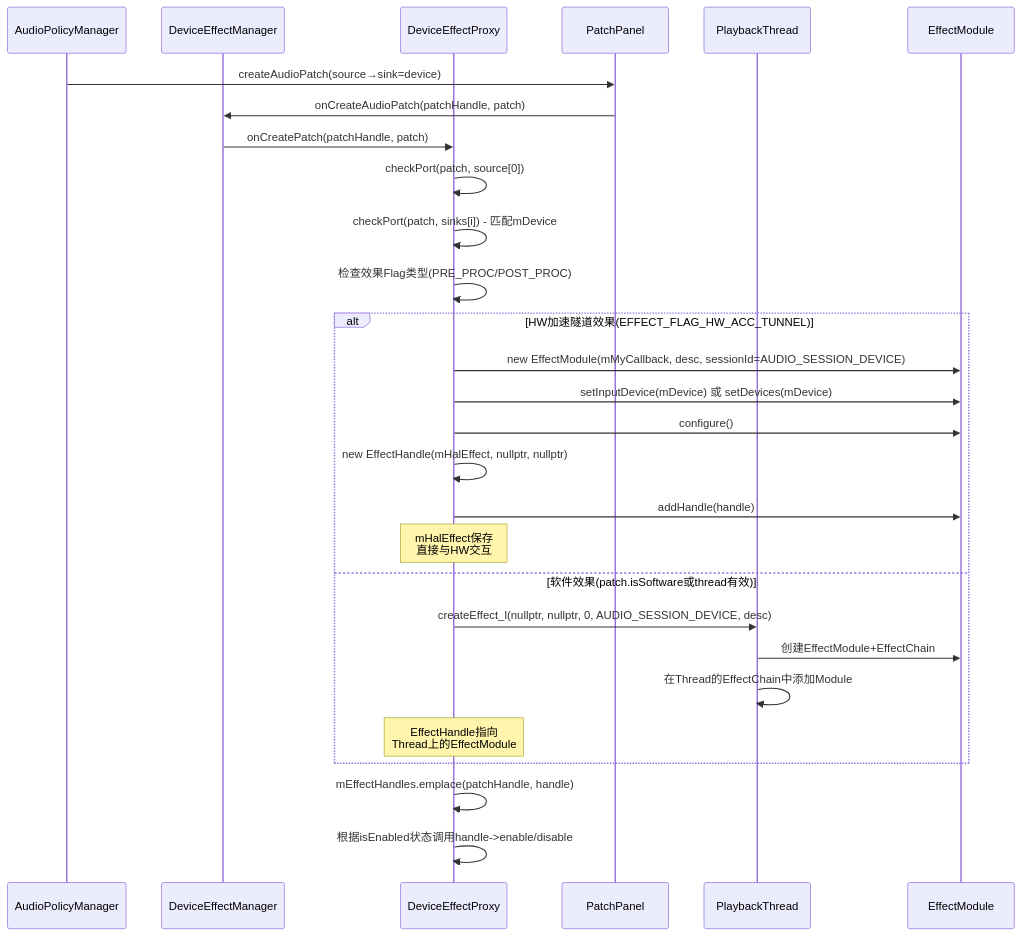
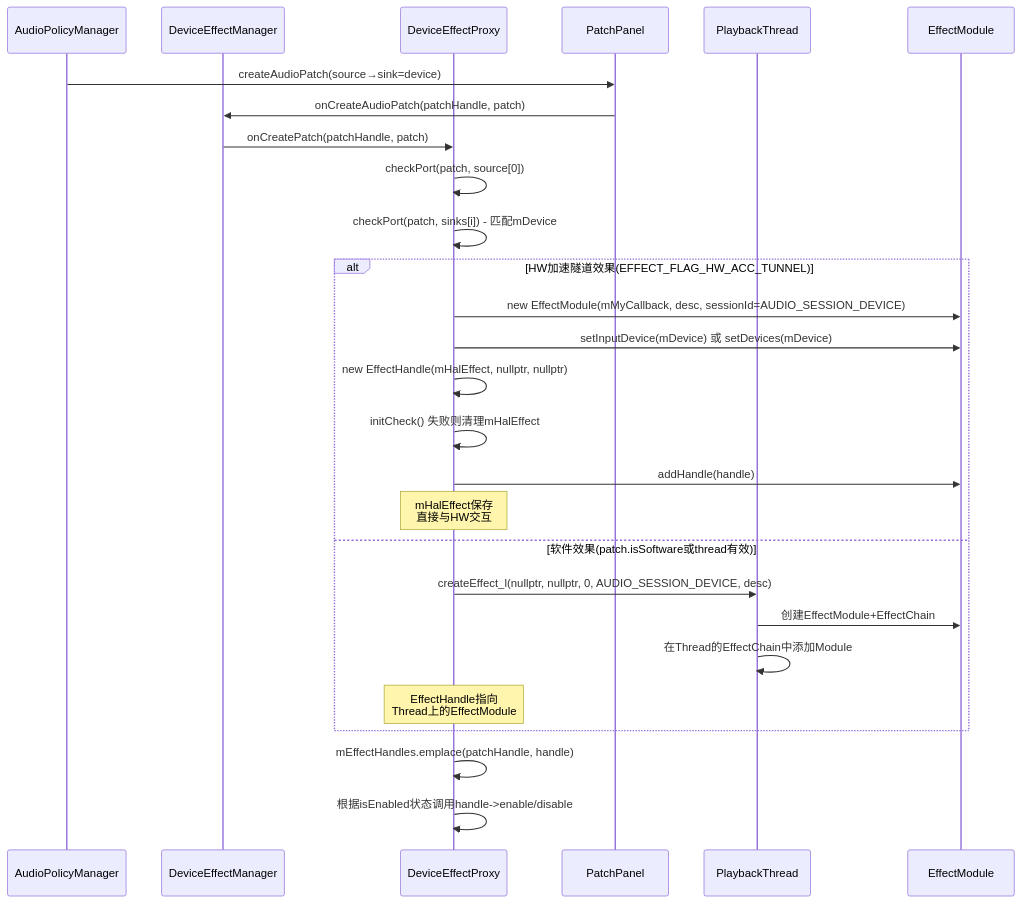
The second of 6 diagrams in 07_Effects_Framework/07_7.11_DeviceEffectProxy.md (yanglinzhen1022/SA8295_AAOS_QNX_Audio_KnowledgeBase), drawn with Mermaid before and after one commit. The commit also changed other lines of this file and 12 other files, not shown here.

````diff
--- a/07_Effects_Framework/07_7.11_DeviceEffectProxy.md
+++ b/07_Effects_Framework/07_7.11_DeviceEffectProxy.md
@@ -68,31 +68,30 @@
 ```mermaid
 sequenceDiagram
     participant APM as AudioPolicyManager
     participant DEM as DeviceEffectManager
     participant DEP as DeviceEffectProxy
     participant Patch as PatchPanel
     participant Thread as PlaybackThread
     participant Module as EffectModule
 
     APM->>Patch: createAudioPatch(source→sink=device)
     Patch->>DEM: onCreateAudioPatch(patchHandle, patch)
     DEM->>DEP: onCreatePatch(patchHandle, patch)
     DEP->>DEP: checkPort(patch, source[0])
     DEP->>DEP: checkPort(patch, sinks[i]) - 匹配mDevice
-    DEP->>DEP: 检查效果Flag类型(PRE_PROC/POST_PROC)
     alt HW加速隧道效果(EFFECT_FLAG_HW_ACC_TUNNEL)
         DEP->>Module: new EffectModule(mMyCallback, desc, sessionId=AUDIO_SESSION_DEVICE)
         DEP->>Module: setInputDevice(mDevice) 或 setDevices(mDevice)
-        DEP->>Module: configure()
         DEP->>DEP: new EffectHandle(mHalEffect, nullptr, nullptr)
+        DEP->>DEP: initCheck() 失败则清理mHalEffect
         DEP->>Module: addHandle(handle)
         Note over DEP: mHalEffect保存<br>直接与HW交互
     else 软件效果(patch.isSoftware或thread有效)
         DEP->>Thread: createEffect_l(nullptr, nullptr, 0, AUDIO_SESSION_DEVICE, desc)
         Thread->>Module: 创建EffectModule+EffectChain
         Thread->>Thread: 在Thread的EffectChain中添加Module
         Note over DEP: EffectHandle指向<br>Thread上的EffectModule
     end
     DEP->>DEP: mEffectHandles.emplace(patchHandle, handle)
     DEP->>DEP: 根据isEnabled状态调用handle->enable/disable
 ```
````
